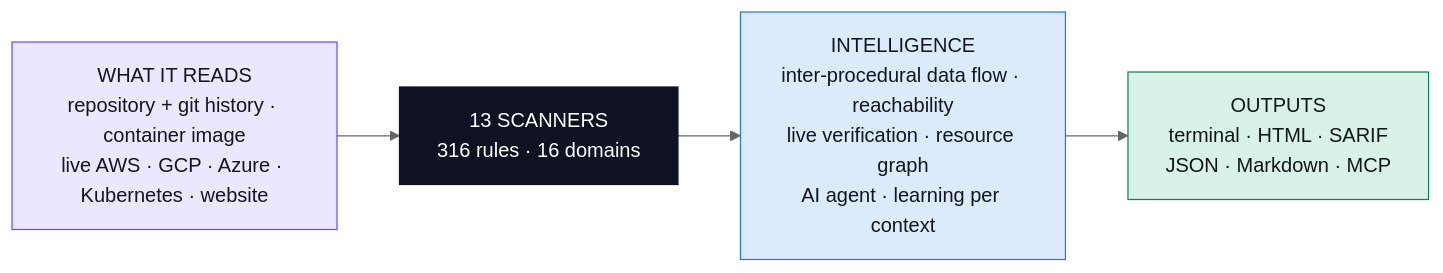
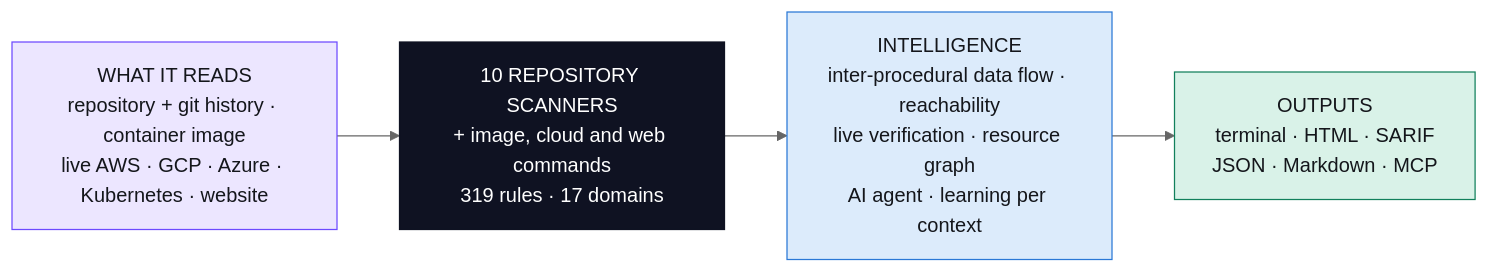
One commit to Houssam2510/rempart changed the first of 3 diagrams in README.md. Above: the diagram before and after it, drawn with Mermaid (neutral theme). The commit also changed other lines of this file and 2 other files, not shown here.

````diff
--- a/README.md
+++ b/README.md
@@ -118,12 +118,12 @@
 ```mermaid
 flowchart LR
     IN["WHAT IT READS<br/>repository + git history · container image<br/>live AWS · GCP · Azure · Kubernetes · website"]
-    SC["13 SCANNERS<br/>316 rules · 16 domains"]
+    SC["10 REPOSITORY SCANNERS<br/>+ image, cloud and web commands<br/>319 rules · 17 domains"]
     IQ["INTELLIGENCE<br/>inter-procedural data flow · reachability<br/>live verification · resource graph<br/>AI agent · learning per context"]
     OUT["OUTPUTS<br/>terminal · HTML · SARIF<br/>JSON · Markdown · MCP"]
     IN --> SC --> IQ --> OUT
     style IN fill:#ece6ff,stroke:#6d4aff,color:#14161b
     style SC fill:#0f1222,stroke:#0f1222,color:#ffffff
     style IQ fill:#dcebfb,stroke:#2a78d6,color:#14161b
     style OUT fill:#d9f2e8,stroke:#12805c,color:#14161b
 ```
````
